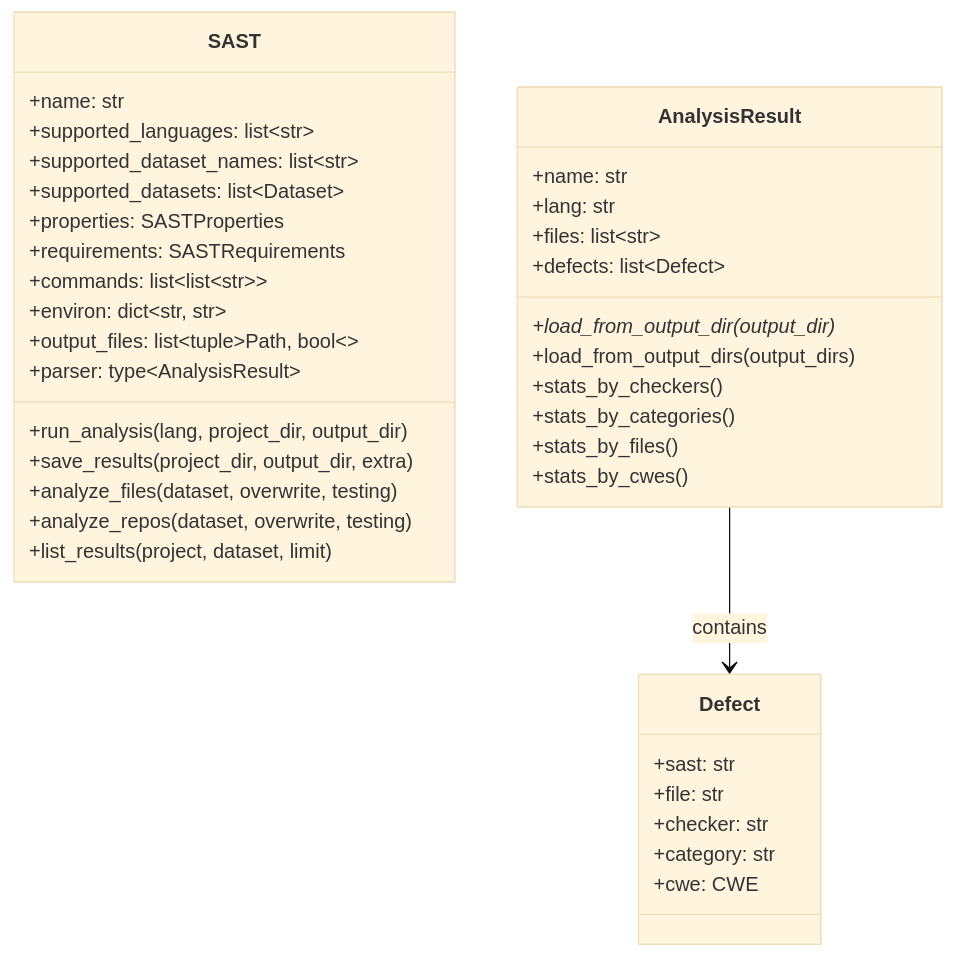
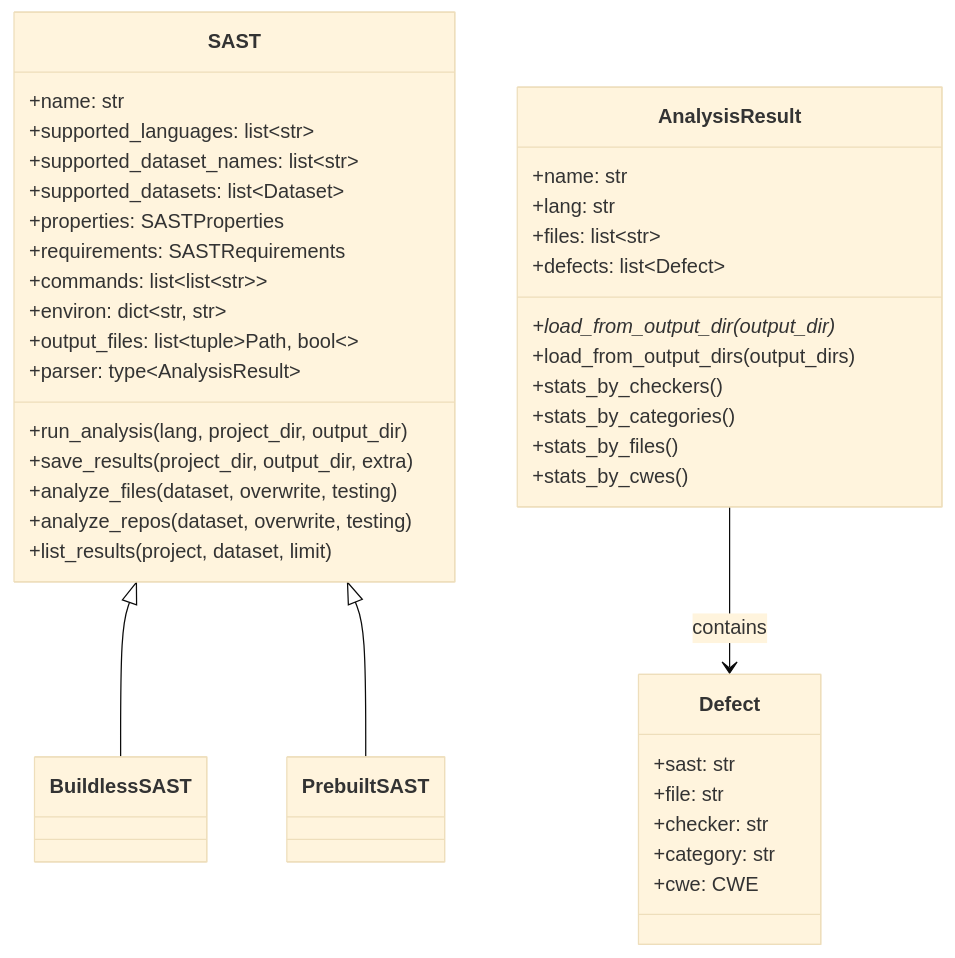
Before and after one commit to OPPIDA/CodeSecTools: the diagram in docs/sast/index.md, drawn with Mermaid (base theme).

Commit message:
docs(sasts): add child class to SAST

````diff
--- a/docs/sast/index.md
+++ b/docs/sast/index.md
@@ -21,43 +21,52 @@
 ```mermaid
 classDiagram
     class SAST {
         +name: str
         +supported_languages: list~str~
         +supported_dataset_names: list~str~
         +supported_datasets: list~Dataset~
         +properties: SASTProperties
         +requirements: SASTRequirements
         +commands: list~list~str~~
         +environ: dict~str, str~
         +output_files: list~tuple~Path, bool~~
         +parser: type~AnalysisResult~
         +run_analysis(lang, project_dir, output_dir)
         +save_results(project_dir, output_dir, extra)
         +analyze_files(dataset, overwrite, testing)
         +analyze_repos(dataset, overwrite, testing)
         +list_results(project, dataset, limit)
     }
+
+    class BuildlessSAST {
+    }
+
+    class PrebuiltSAST {
+    }
+    
+    SAST <|-- BuildlessSAST
+    SAST <|-- PrebuiltSAST
 
     class AnalysisResult {
         +name: str
         +lang: str
         +files: list~str~
         +defects: list~Defect~
         +load_from_output_dir(output_dir)*
         +load_from_output_dirs(output_dirs)
         +stats_by_checkers()
         +stats_by_categories()
         +stats_by_files()
         +stats_by_cwes()
     }
 
     class Defect {
         +sast: str
         +file: str
         +checker: str
         +category: str
         +cwe: CWE
     }
 
     AnalysisResult --> Defect : contains
 ```
````
